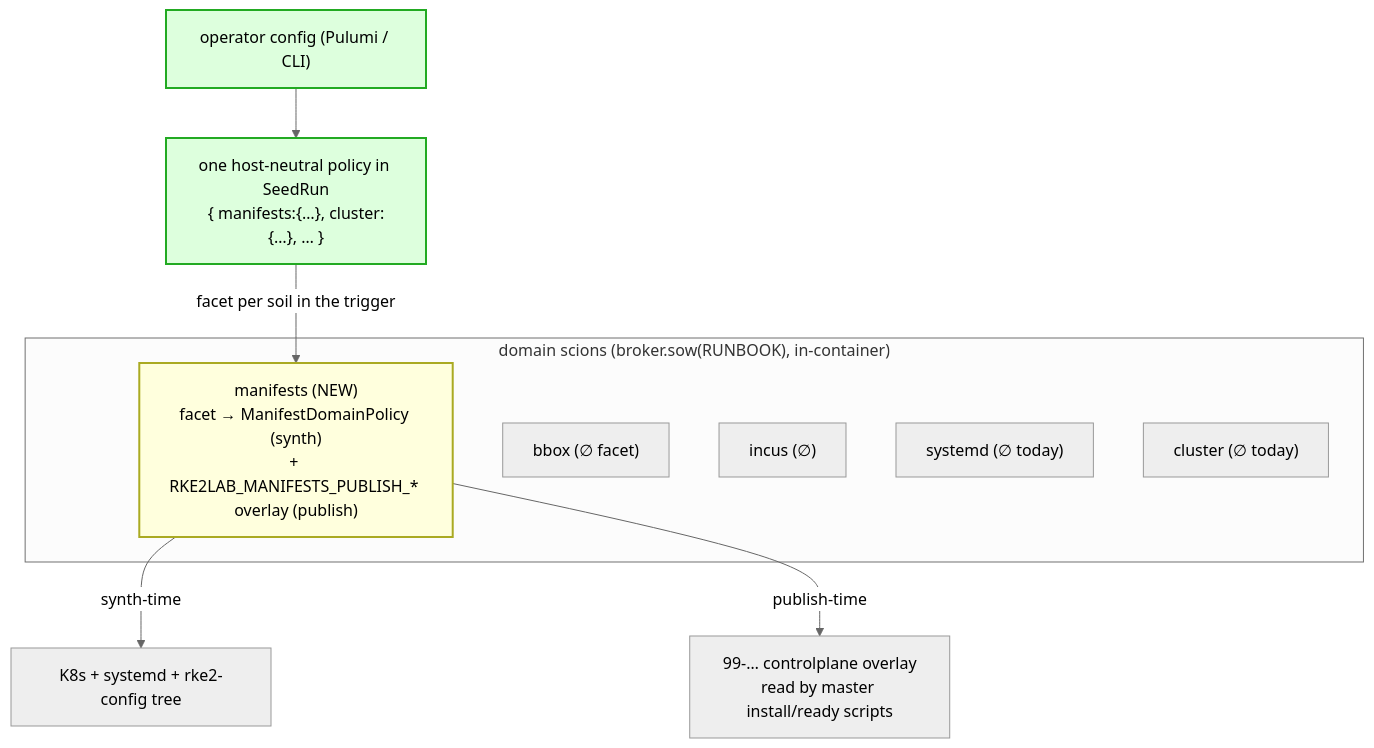
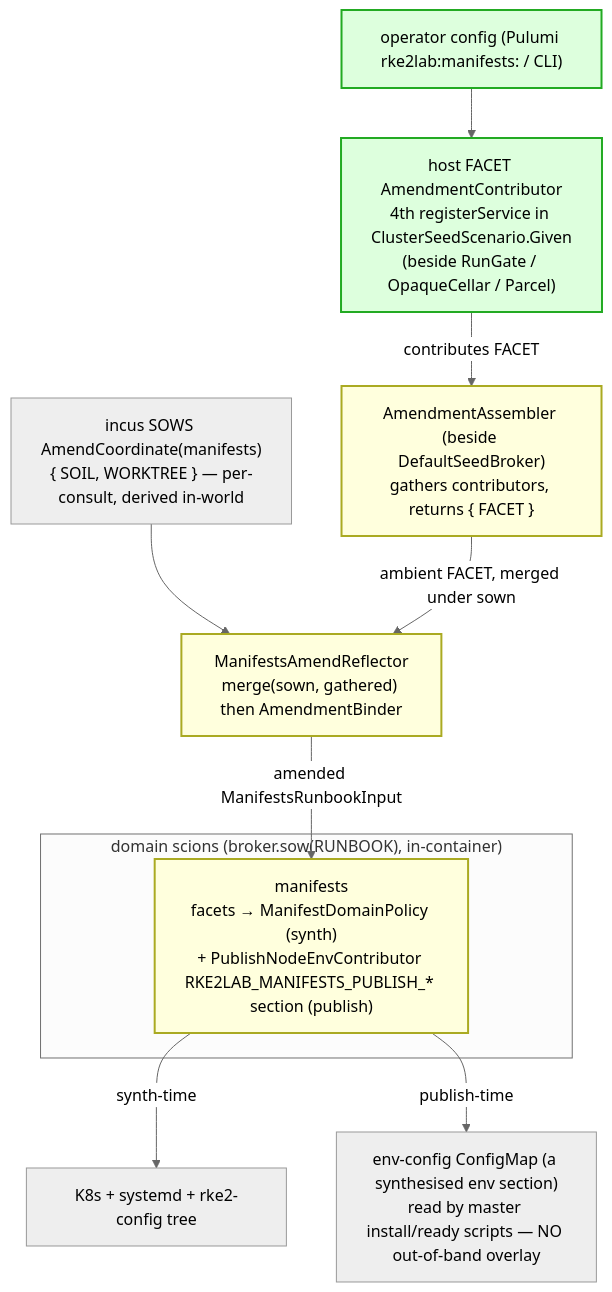
One commit to nxmatic/rke2lab changed the fifth of 7 diagrams in docs/architecture/atlas/seed.adoc. Above: the diagram before and after it, drawn with Mermaid (neutral theme). The commit also changed other lines of this file and 13 other files, not shown here.

```diff
--- a/docs/architecture/atlas/seed.adoc
+++ b/docs/architecture/atlas/seed.adoc
@@ -496,22 +502,24 @@
 [mermaid]
 ....
 flowchart TB
-  cfg["operator config (Pulumi / CLI)"]
-  pol["one host-neutral policy in SeedRun<br/>{ manifests:{…}, cluster:{…}, … }"]
-  cfg --> pol
-  pol -->|"facet per soil in the trigger"| M
+  cfg["operator config (Pulumi rke2lab:manifests: / CLI)"]
+  fc["host FACET AmendmentContributor<br/>4th registerService in ClusterSeedScenario.Given<br/>(beside RunGate / OpaqueCellar / Parcel)"]
+  cfg --> fc
+  sow["incus SOWS AmendCoordinate(manifests)<br/>{ SOIL, WORKTREE } — per-consult, derived in-world"]
+  asm["AmendmentAssembler (beside DefaultSeedBroker)<br/>gathers contributors, returns { FACET }"]
+  refl["ManifestsAmendReflector<br/>merge(sown, gathered) then AmendmentBinder"]
+  fc -->|contributes FACET| asm
+  sow --> refl
+  asm -->|ambient FACET, merged under sown| refl
+  refl -->|amended ManifestsRunbookInput| M
   subgraph scions["domain scions (broker.sow(RUNBOOK), in-container)"]
-    B["bbox (∅ facet)"]
-    I["incus (∅)"]
-    S["systemd (∅ today)"]
-    C["cluster (∅ today)"]
-    M["manifests (NEW)<br/>facet → ManifestDomainPolicy (synth)<br/>+ RKE2LAB_MANIFESTS_PUBLISH_* overlay (publish)"]
+    M["manifests<br/>facets → ManifestDomainPolicy (synth)<br/>+ PublishNodeEnvContributor RKE2LAB_MANIFESTS_PUBLISH_* section (publish)"]
   end
   M -->|synth-time| tree["K8s + systemd + rke2-config tree"]
-  M -->|publish-time| ov["99-… controlplane overlay<br/>read by master install/ready scripts"]
+  M -->|publish-time| ov["env-config ConfigMap (a synthesised env section)<br/>read by master install/ready scripts — NO out-of-band overlay"]
 
   classDef src fill:#dfd,stroke:#2a2,stroke-width:2px;
   classDef new fill:#ffd,stroke:#aa2,stroke-width:2px;
-  class cfg,pol src;
-  class M new;
+  class cfg,fc src;
+  class asm,refl,M new;
 ....
```
